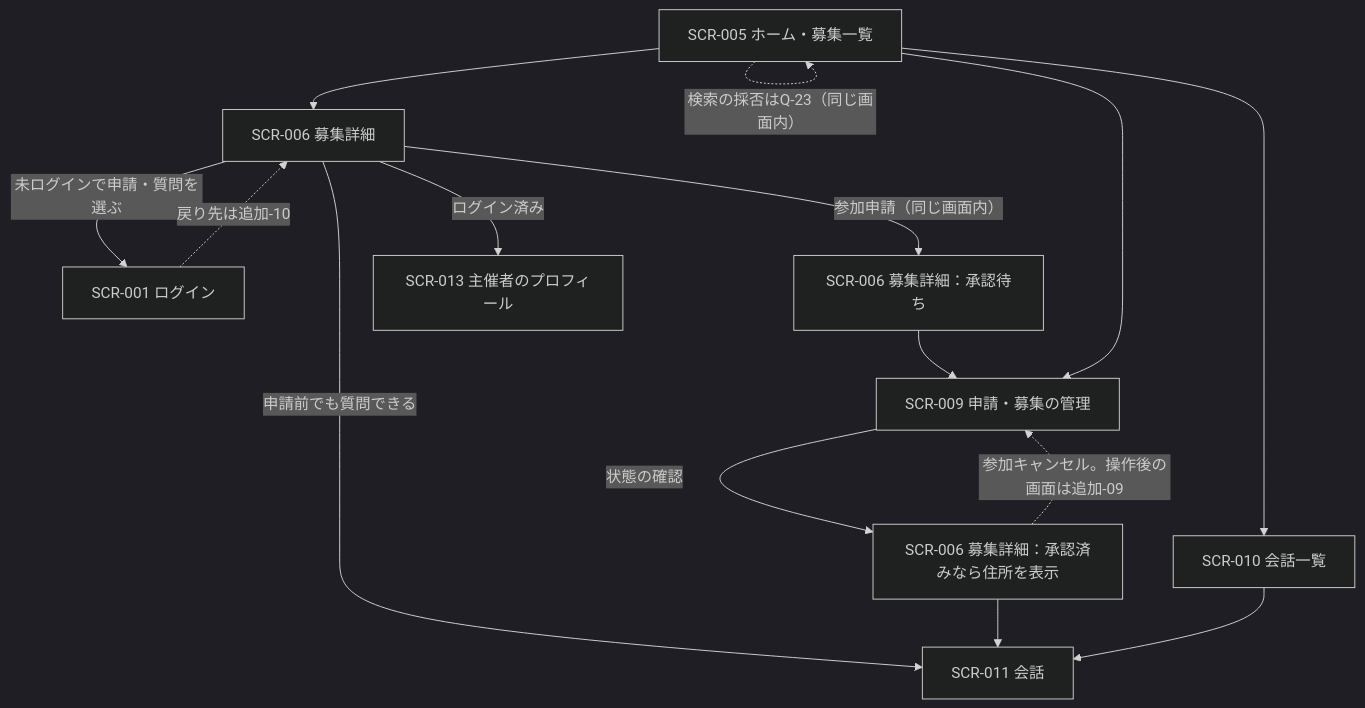
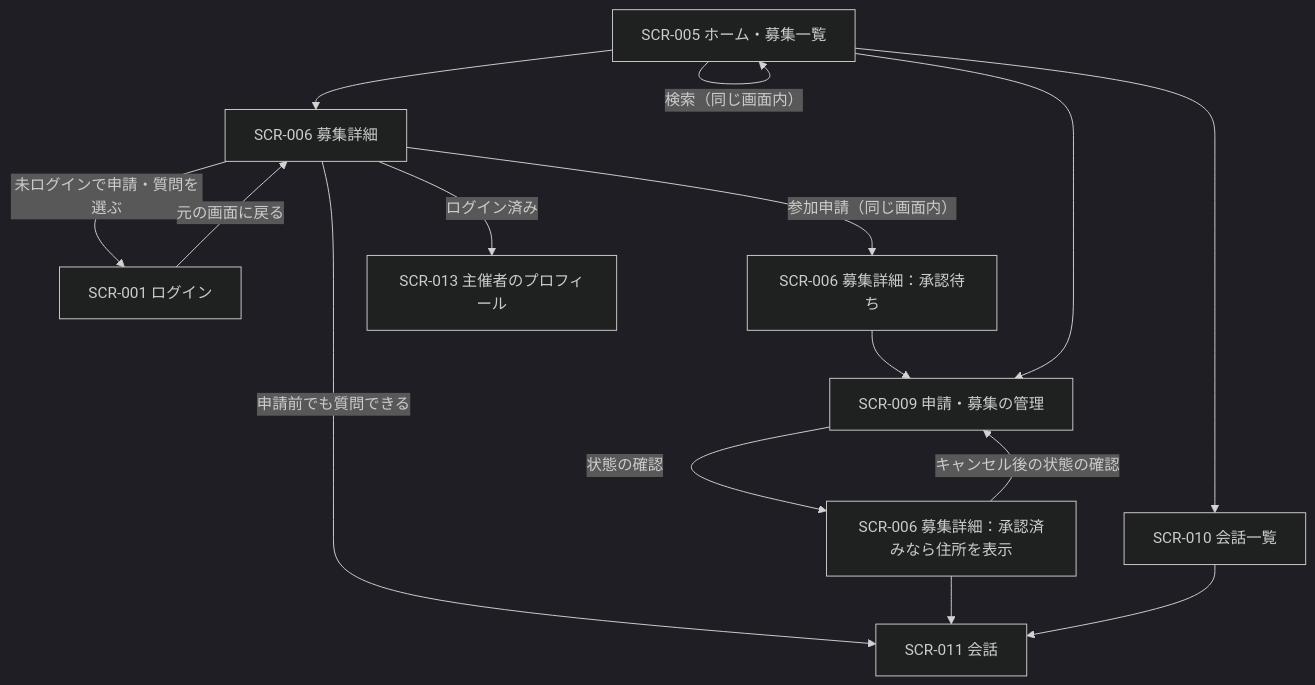
Before and after one commit to sysnovastudio-byte/nagoya-volleyball-matching: the second of 8 diagrams in docs/10_画面一覧.md, drawn with Mermaid (dark theme). The commit also changed other lines of this file and 10 other files, not shown here.

````diff
--- a/docs/10_画面一覧.md
+++ b/docs/10_画面一覧.md
@@ -279,17 +281,17 @@
 ```mermaid
 flowchart TD
-    B1["SCR-005 ホーム・募集一覧"] -.->|"検索の採否はQ-23（同じ画面内）"| B1
+    B1["SCR-005 ホーム・募集一覧"] -->|"検索（同じ画面内）"| B1
     B1 --> B2["SCR-006 募集詳細"]
     B2 -->|"未ログインで申請・質問を選ぶ"| B3["SCR-001 ログイン"]
-    B3 -.->|"戻り先は追加-10"| B2
+    B3 -->|"元の画面に戻る"| B2
     B2 -->|"参加申請（同じ画面内）"| B4["SCR-006 募集詳細：承認待ち"]
     B4 --> B5["SCR-009 申請・募集の管理"]
     B5 -->|"状態の確認"| B6["SCR-006 募集詳細：承認済みなら住所を表示"]
     B2 -->|"申請前でも質問できる"| B7["SCR-011 会話"]
     B6 --> B7
     B1 --> B5
     B1 --> B8["SCR-010 会話一覧"]
     B8 --> B7
-    B6 -.->|"参加キャンセル。操作後の画面は追加-09"| B5
+    B6 -->|"キャンセル後の状態の確認"| B5
     B2 -->|"ログイン済み"| B9["SCR-013 主催者のプロフィール"]
 ```
````
